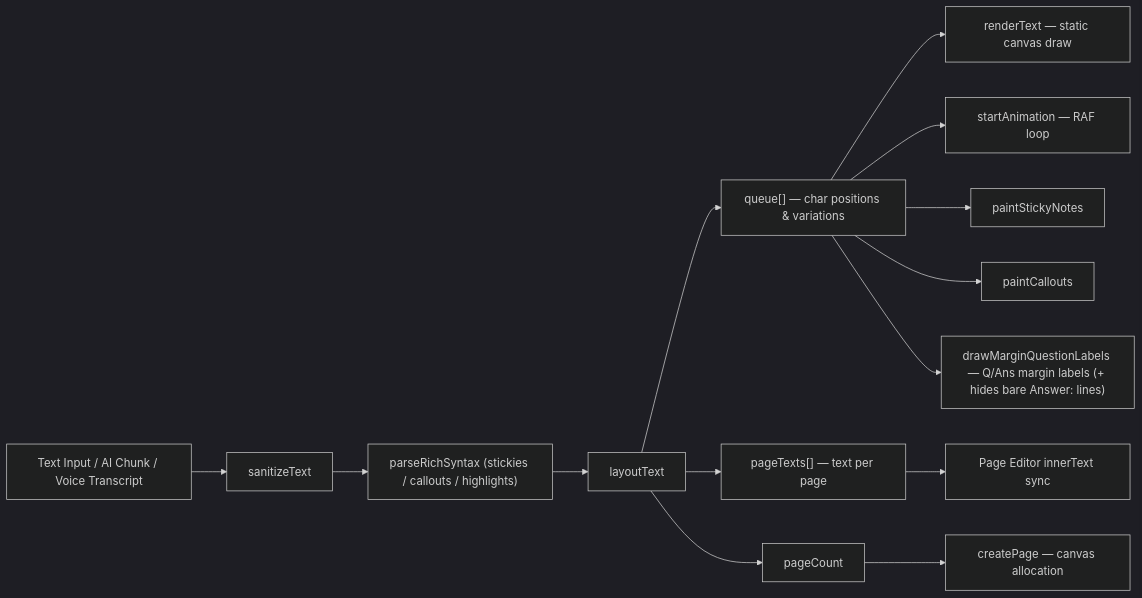
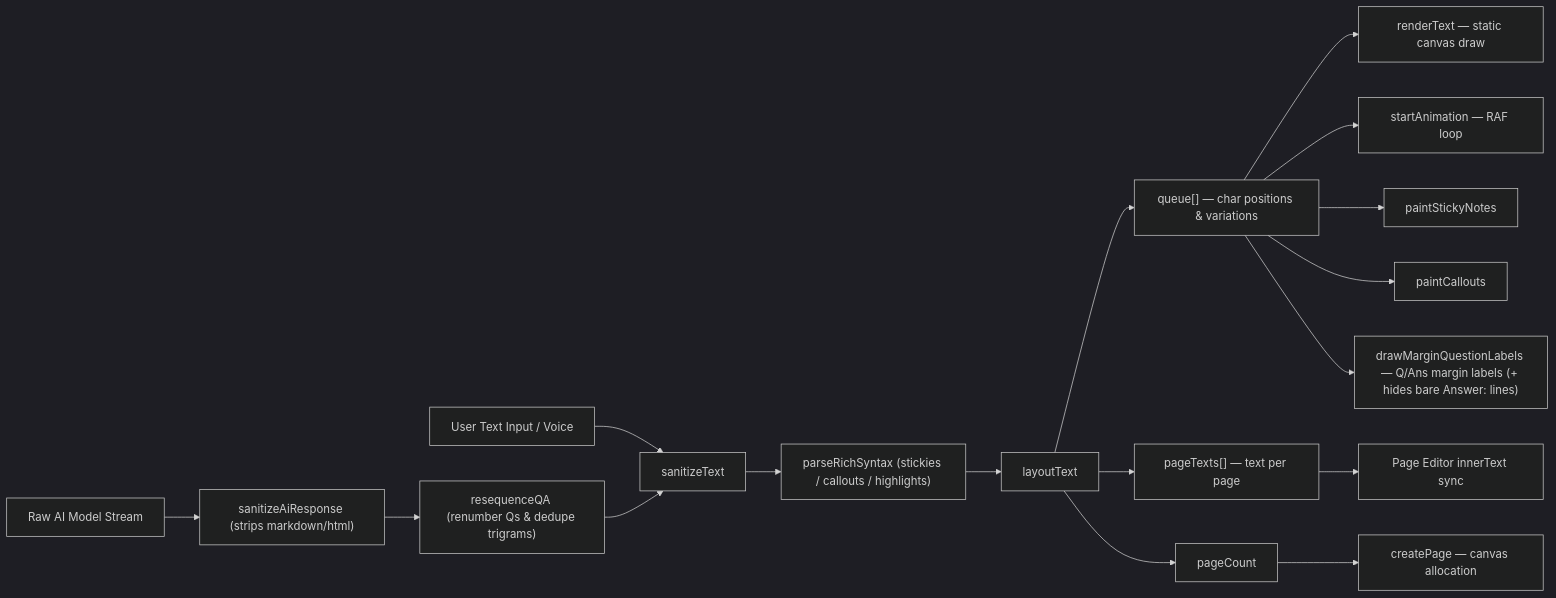
Before and after one commit to VIPHACKER100/Inkflow: the second of 2 diagrams in docs/system-architecture.md, drawn with Mermaid (dark theme). The commit also changed other lines of this file and 4 other files, not shown here.

````diff
--- a/docs/system-architecture.md
+++ b/docs/system-architecture.md
@@ -110,17 +110,20 @@
 ```mermaid
 graph LR
-    INPUT["Text Input / AI Chunk / Voice Transcript"] --> SANITIZE["sanitizeText"]
+    AI_STREAM["Raw AI Model Stream"] --> SANITIZE_AI["sanitizeAiResponse (strips markdown/html)"]
+    SANITIZE_AI --> RESEQ_QA["resequenceQA (renumber Qs & dedupe trigrams)"]
+    USER_INPUT["User Text Input / Voice"] --> SANITIZE["sanitizeText"]
+    RESEQ_QA --> SANITIZE
     SANITIZE --> RICH["parseRichSyntax (stickies / callouts / highlights)"]
     RICH --> LAYOUT["layoutText"]
     LAYOUT --> QUEUE["queue[] — char positions & variations"]
     LAYOUT --> PAGETEXTS["pageTexts[] — text per page"]
     LAYOUT --> PAGECOUNT["pageCount"]
 
     QUEUE --> STATIC["renderText — static canvas draw"]
     QUEUE --> ANIM["startAnimation — RAF loop"]
     QUEUE --> STICKY["paintStickyNotes"]
     QUEUE --> CALLOUT["paintCallouts"]
     QUEUE --> LABELS["drawMarginQuestionLabels — Q/Ans margin labels (+ hides bare Answer: lines)"]
     PAGETEXTS --> EDITORS["Page Editor innerText sync"]
     PAGECOUNT --> PAGES["createPage — canvas allocation"]
 ```
````
